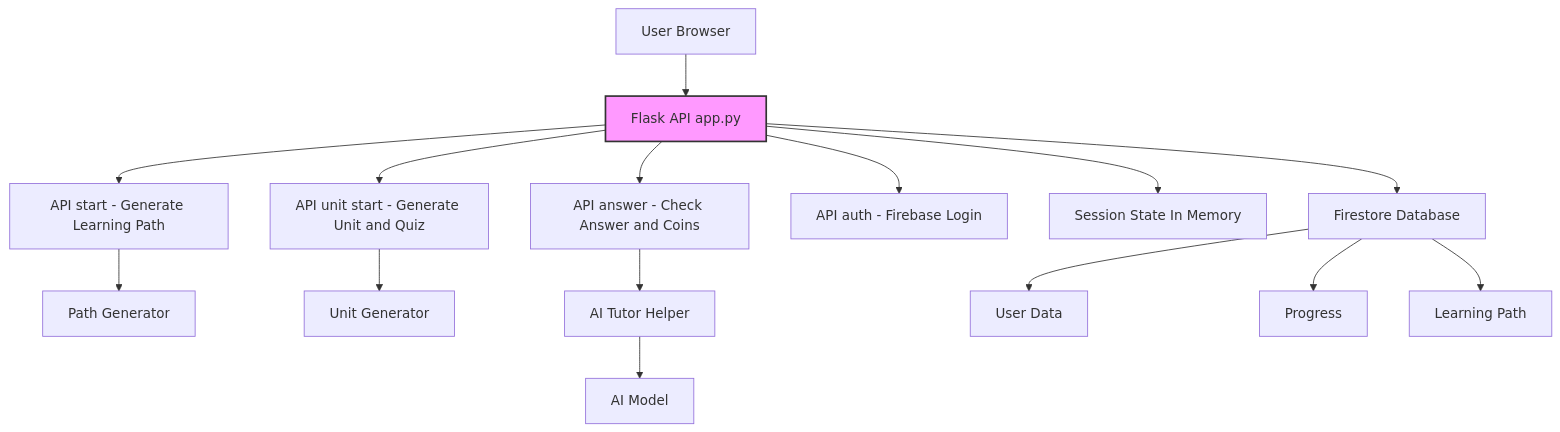
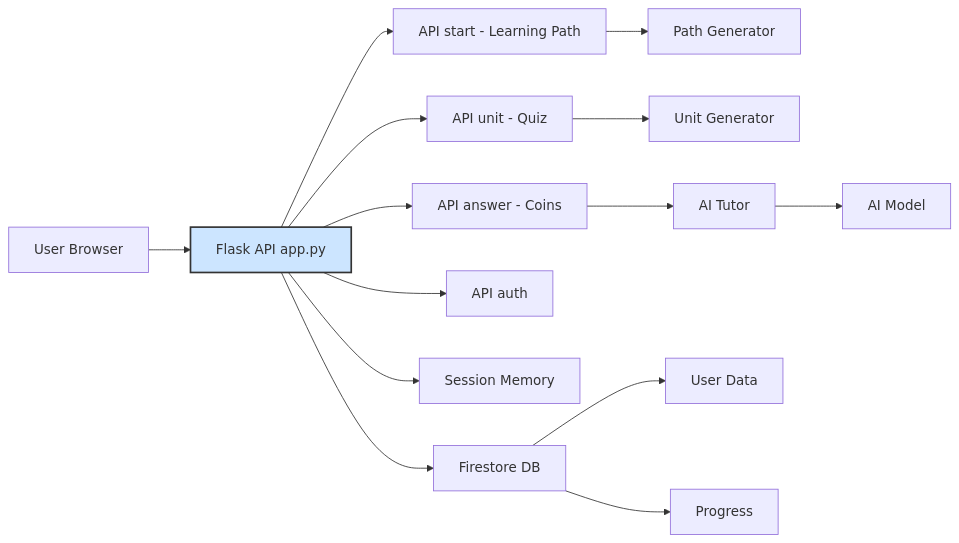
Before and after one commit to alejandronava562/Theorem: the diagram in README.md, drawn with Mermaid.

Commit message:
Update flowchart and deployment link in README

````diff
--- a/README.md
+++ b/README.md
@@ -1,24 +1,23 @@
 ```mermaid
-flowchart TD
+flowchart LR
     A[User Browser] --> B[Flask API app.py]
 
-    B --> C[API start - Generate Learning Path]
-    B --> D[API unit start - Generate Unit and Quiz]
-    B --> E[API answer - Check Answer and Coins]
-    B --> F[API auth - Firebase Login]
+    B --> C[API start - Learning Path]
+    B --> D[API unit - Quiz]
+    B --> E[API answer - Coins]
+    B --> F[API auth]
 
     C --> G[Path Generator]
     D --> H[Unit Generator]
-    E --> I[AI Tutor Helper]
+    E --> I[AI Tutor]
 
-    B --> J[Session State In Memory]
-    B --> K[Firestore Database]
+    B --> J[Session Memory]
+    B --> K[Firestore DB]
 
     K --> L[User Data]
     K --> M[Progress]
-    K --> N[Learning Path]
 
-    I --> O[AI Model]
+    I --> N[AI Model]
 
-    style B fill:#f9f,stroke:#333,stroke-width:2px
+    style B fill:#cce5ff,stroke:#333,stroke-width:2px
 ```
````
